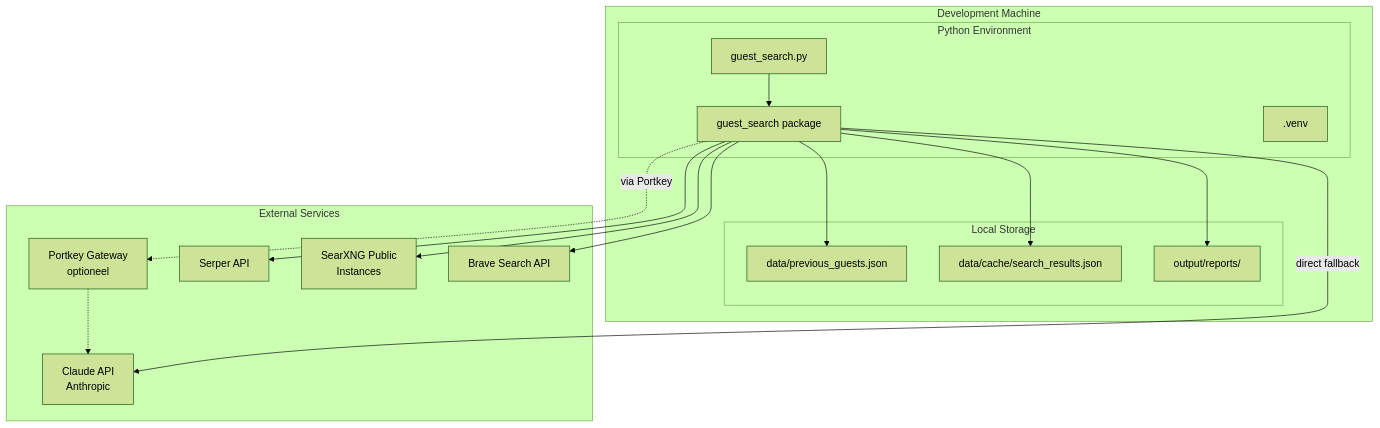
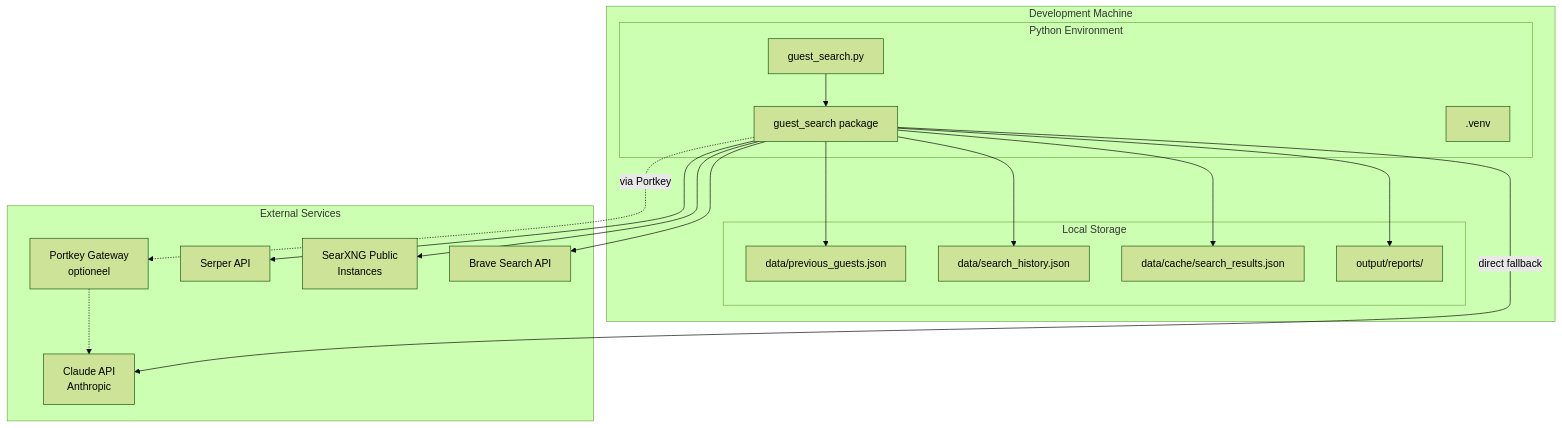
The seventh of 7 diagrams in docs/architecture.md (Joopsnijder/guest_search), drawn with Mermaid (forest theme) before and after one commit. The commit also changed other lines of this file, not shown here.

First line of the commit message:
docs: Update architecture.md with learning system

````diff
--- a/docs/architecture.md
+++ b/docs/architecture.md
@@ -249,36 +298,38 @@
 ```mermaid
 graph TB
     subgraph "Development Machine"
         subgraph "Python Environment"
             M[guest_search.py]
             P[guest_search package]
             V[.venv]
         end
 
         subgraph "Local Storage"
             D1[data/previous_guests.json]
-            D2[data/cache/search_results.json]
-            D3[output/reports/]
+            D2[data/search_history.json]
+            D3[data/cache/search_results.json]
+            D4[output/reports/]
         end
 
         M --> P
         P --> D1
         P --> D2
         P --> D3
+        P --> D4
     end
 
     subgraph "External Services"
         E0[Portkey Gateway<br/>optioneel]
         E1[Claude API<br/>Anthropic]
         E2[Serper API]
         E3[SearXNG Public<br/>Instances]
         E4[Brave Search API]
     end
 
     P -.->|via Portkey| E0
     E0 -.-> E1
     P -->|direct fallback| E1
     P --> E2
     P --> E3
     P --> E4
 ```
````
